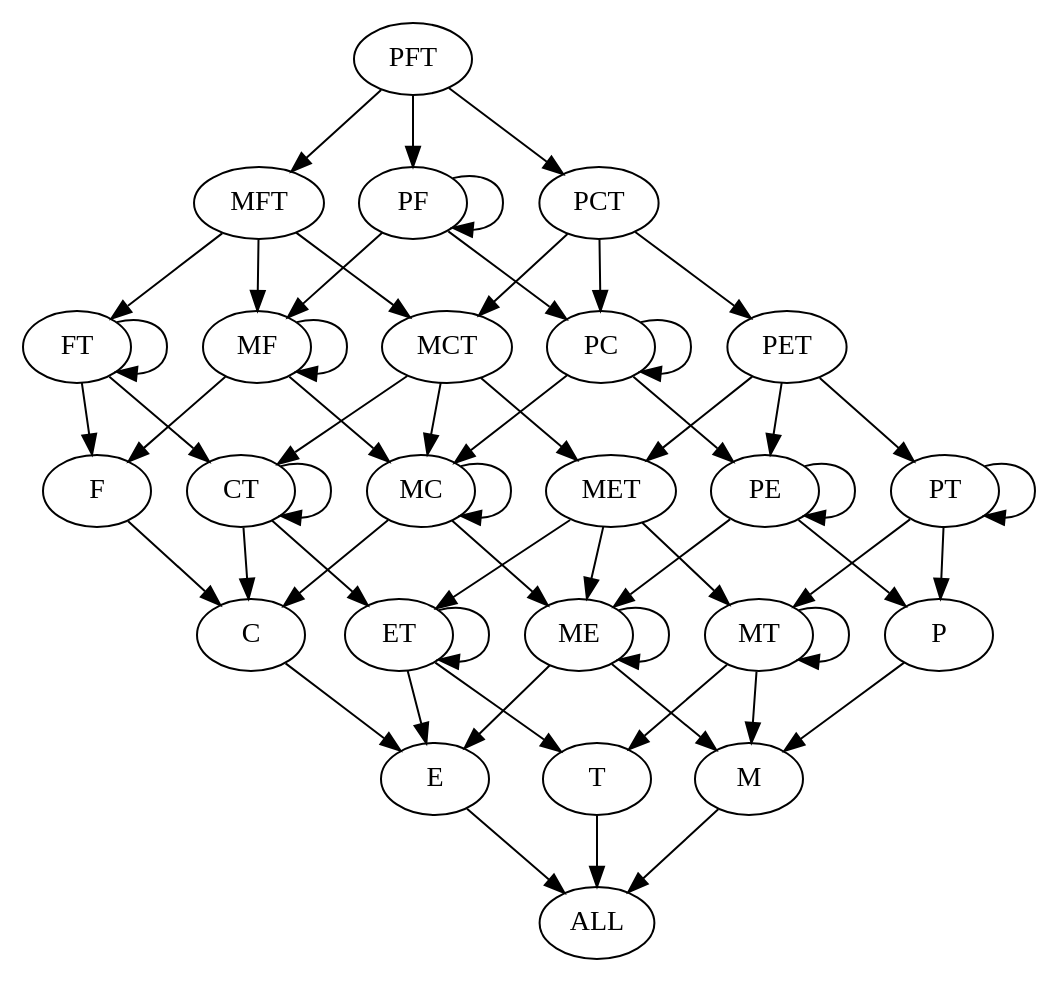
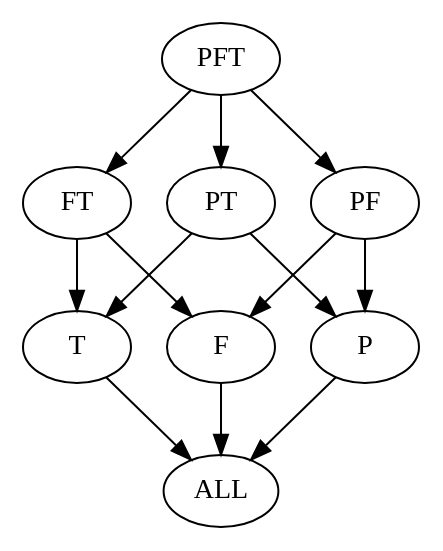
The diagram in grafo/Alg2/dotFile.dot (ga-pontes/ALG2), drawn with Graphviz before and after one commit. The commit also changed 11 other files, not shown here.

```diff
--- a/grafo/Alg2/dotFile.dot
+++ b/grafo/Alg2/dotFile.dot
@@ -1,77 +1,21 @@
 digraph G {
-PFT ->  MFT;
-PFT ->  PCT;
+PFT ->  FT;
+PFT ->  PT;
 PFT ->  PF;
-MFT ->  FT;
-MFT ->  MCT;
-MFT ->  MF;
-PCT ->  MCT;
-PCT ->  PET;
-PCT ->  PC;
-PF ->  MF;
-PF ->  PC;
-PF ->  PF;
-FT ->  FT;
-FT ->  CT;
+FT ->  T;
 FT ->  F;
-MCT ->  CT;
-MCT ->  MET;
-MCT ->  MC;
-MF ->  F;
-MF ->  MC;
-MF ->  MF;
-PET ->  MET;
-PET ->  PT;
-PET ->  PE;
-PC ->  MC;
-PC ->  PE;
-PC ->  PC;
-CT ->  CT;
-CT ->  ET;
-CT ->  C;
-F ->  C;
-MET ->  ET;
-MET ->  MT;
-MET ->  ME;
-MC ->  C;
-MC ->  ME;
-MC ->  MC;
+PT ->  T;
+PT ->  P;
+PF ->  F;
+PF ->  P;
+T ->  ALL;
+F ->  ALL;
+T;
+P ->  ALL;
 F;
-PT ->  MT;
-PT ->  PT;
-PT ->  P;
-PE ->  ME;
-PE ->  P;
-PE ->  PE;
-ET ->  ET;
-ET ->  T;
-ET ->  E;
-C ->  E;
-C;
-MT ->  T;
-MT ->  MT;
-MT ->  M;
-ME ->  E;
-ME ->  M;
-ME ->  ME;
-P ->  M;
 P;
-T ->  ALL;
-E ->  ALL;
-T;
-E;
-M ->  ALL;
-M;
-ME;
-MC;
-MF;
-CT;
-ET;
-MT;
-PT;
-PE;
-PC;
 PF;
 FT;
+PT;
 ALL;
 }
```
